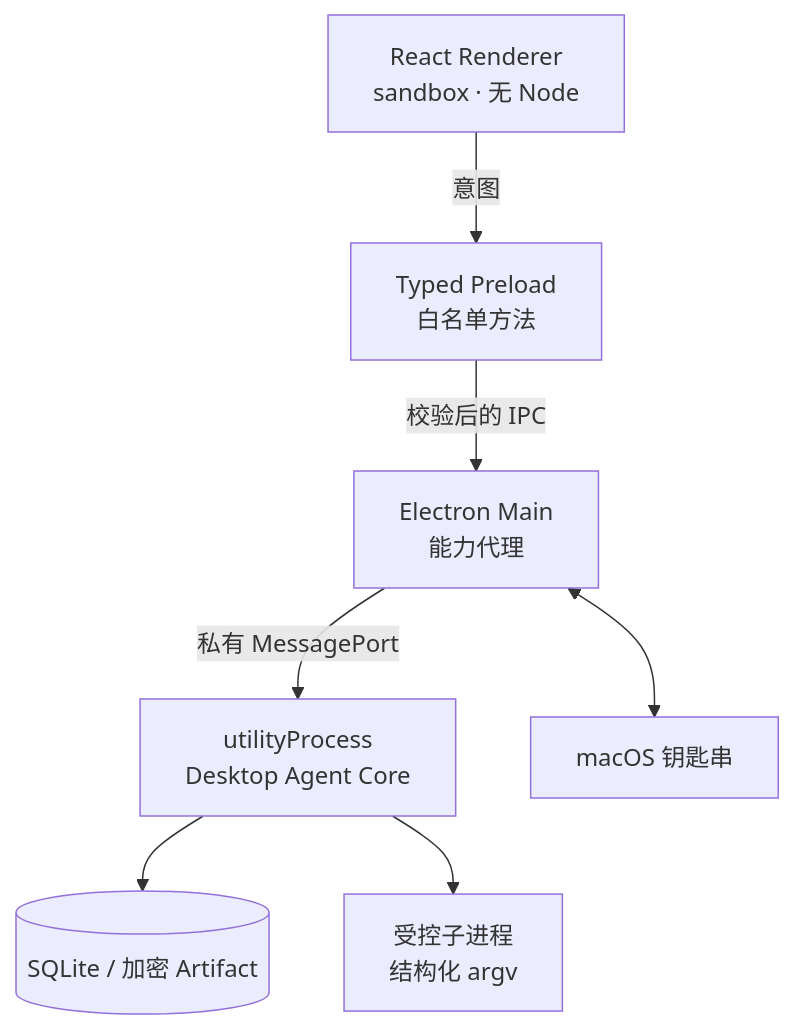
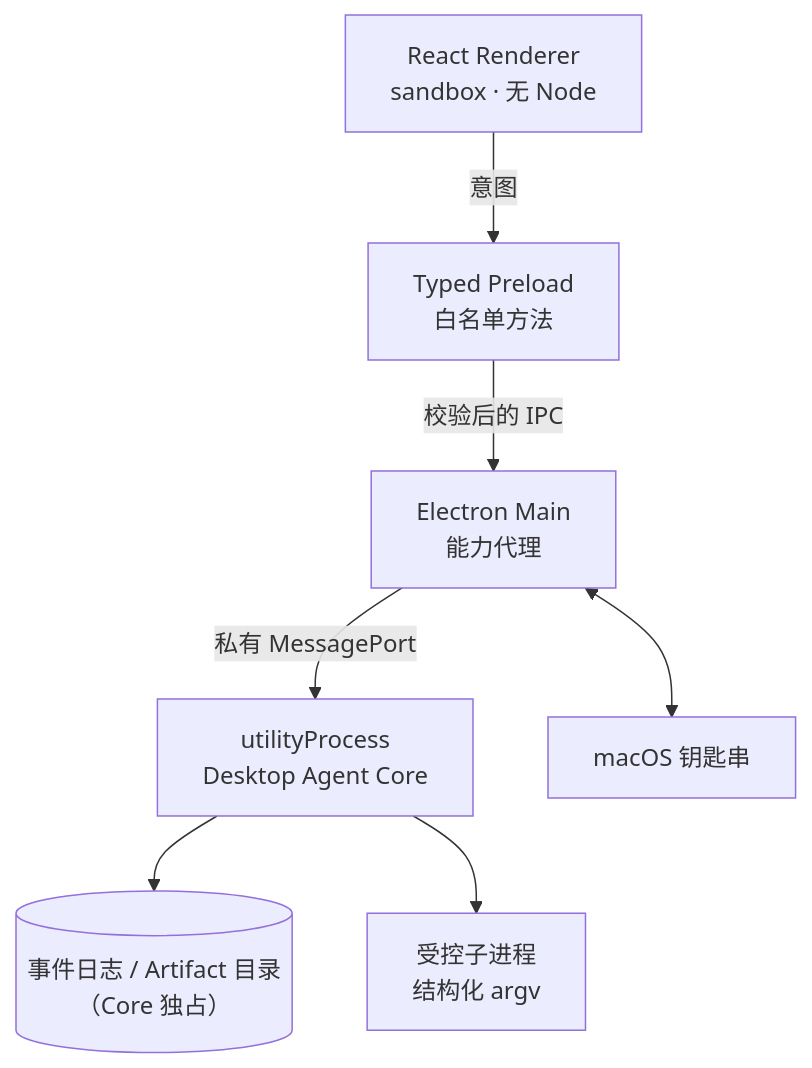
One commit to corn12138/repopilot changed the diagram in docs/devlog/2026-08-07-01-给agent做ide的三进程架构.md. Above: the diagram before and after it, drawn with Mermaid. The commit also changed other lines of this file and 18 other files, not shown here.

````diff
--- a/docs/devlog/2026-08-07-01-给agent做ide的三进程架构.md
+++ b/docs/devlog/2026-08-07-01-给agent做ide的三进程架构.md
@@ -36,17 +36,17 @@
 ```mermaid
 flowchart TB
     R["React Renderer<br/>sandbox · 无 Node"]
     P["Typed Preload<br/>白名单方法"]
     M["Electron Main<br/>能力代理"]
     C["utilityProcess<br/>Desktop Agent Core"]
-    S[("SQLite / 加密 Artifact")]
+    S[("事件日志 / Artifact 目录<br/>（Core 独占）")]
     K["macOS 钥匙串"]
     X["受控子进程<br/>结构化 argv"]
 
     R -->|"意图"| P
     P -->|"校验后的 IPC"| M
     M -->|"私有 MessagePort"| C
     C --> S
     C --> X
     M <--> K
 ```
````
